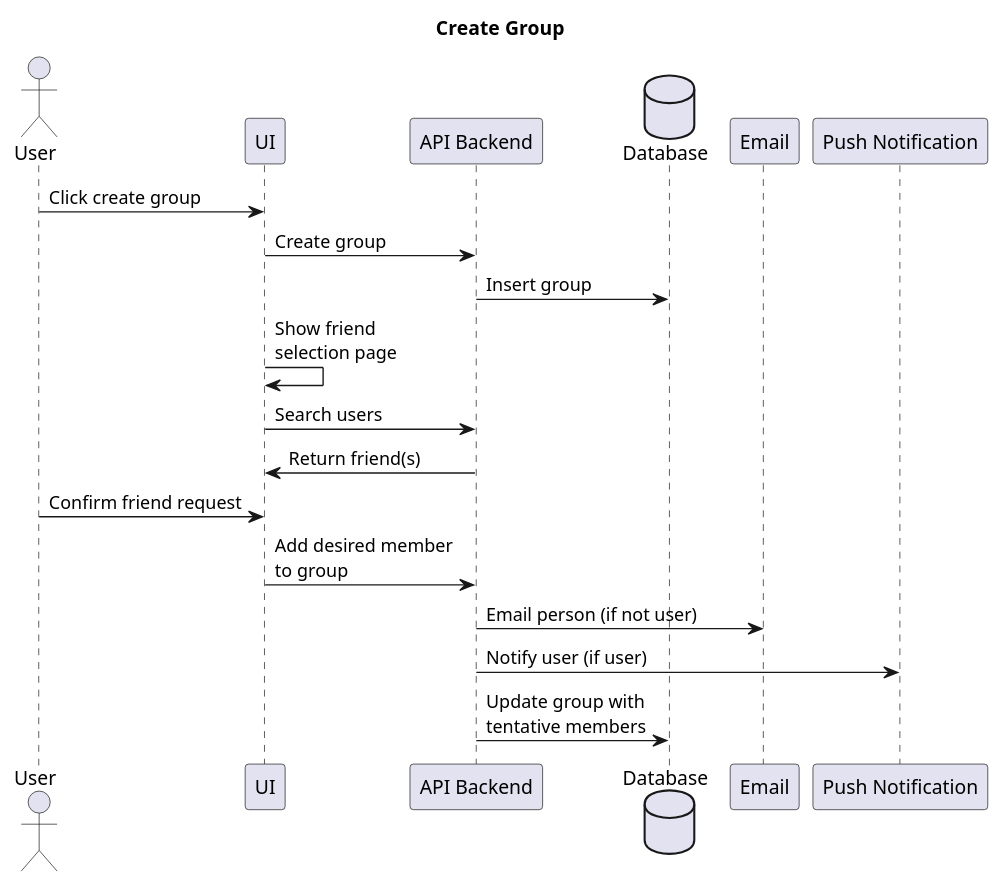
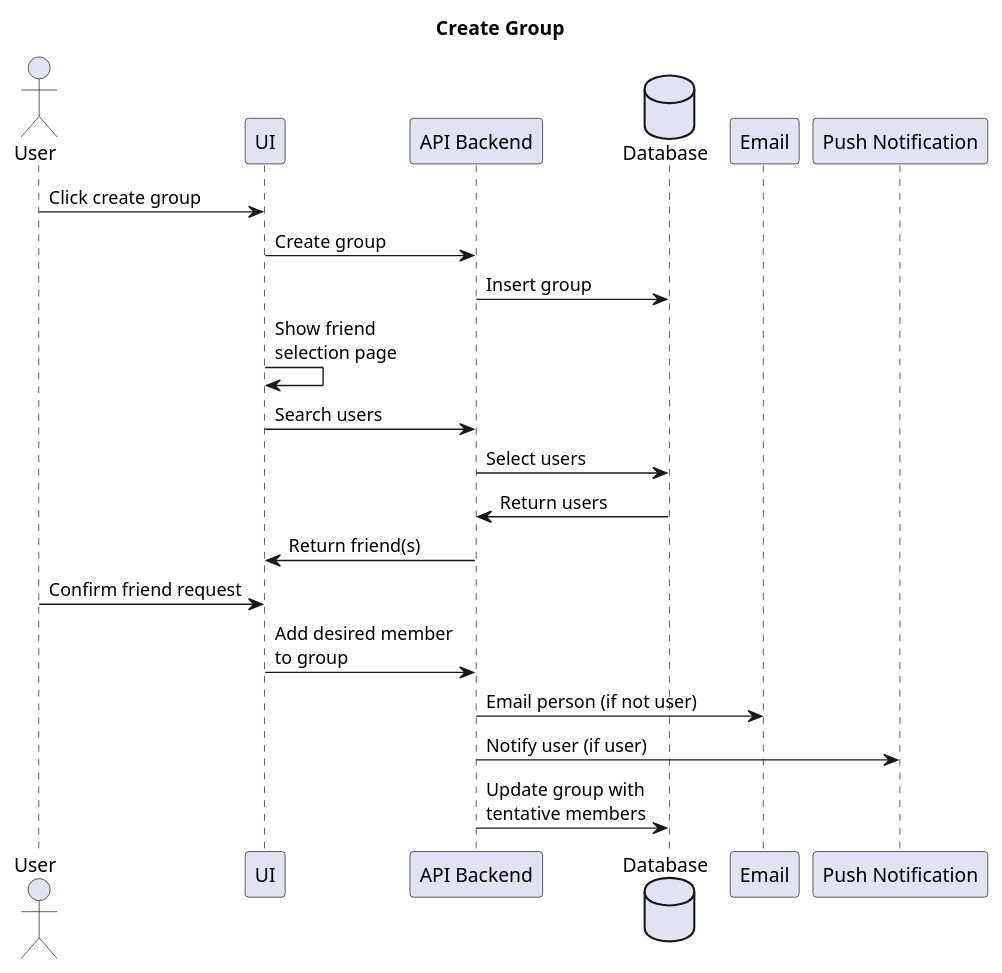
Before and after one commit to adhurjaty/prediction-app: the diagram in Diagrams/UserStories/create_group.puml, drawn with PlantUML. The commit also changed 8 other files, not shown here.

Commit message:
updates diagrams

```diff
--- a/Diagrams/UserStories/create_group.puml
+++ b/Diagrams/UserStories/create_group.puml
@@ -1,24 +1,26 @@
 @startuml Create Group
 
 title Create Group
 
 actor User as user
 participant UI as ui
 participant "API Backend" as api
 database Database as db
 participant Email as email
 participant "Push Notification" as pn
 
 user -> ui : Click create group
 ui -> api : Create group
 api -> db : Insert group
 ui -> ui : Show friend \nselection page 
 ui -> api : Search users
+api -> db : Select users
+db -> api : Return users
 api -> ui : Return friend(s)
 user -> ui : Confirm friend request
 ui -> api : Add desired member\nto group
 api -> email : Email person (if not user)
 api -> pn : Notify user (if user)
 api -> db : Update group with\ntentative members
 
 @enduml
```
